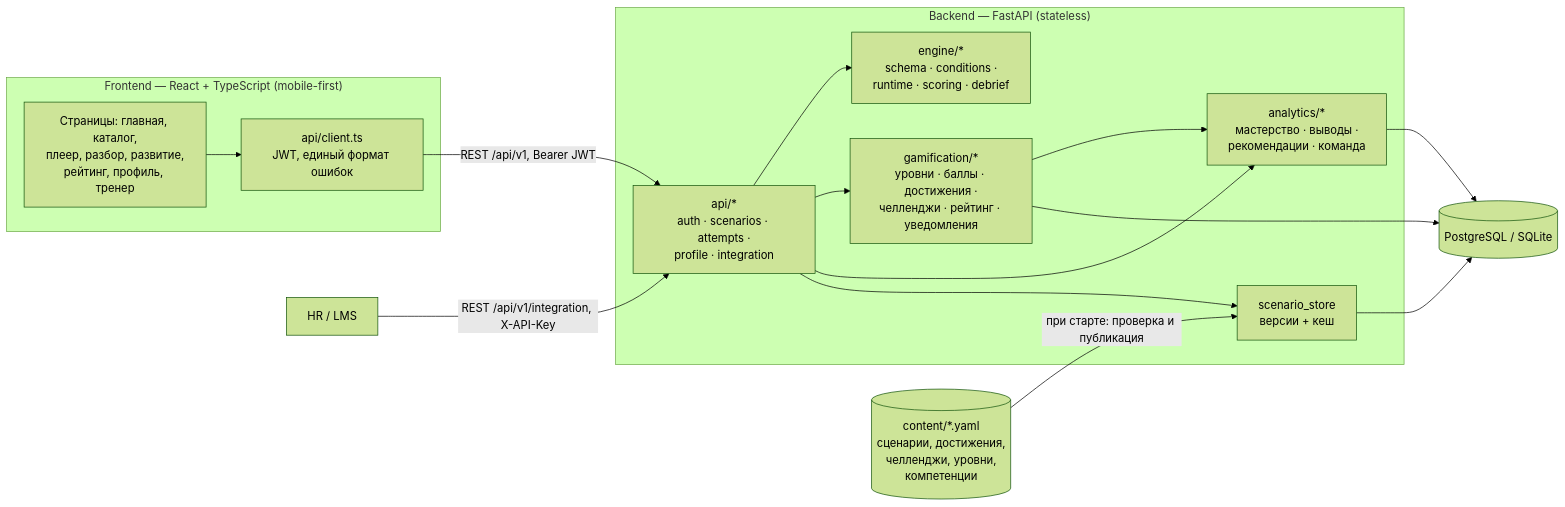
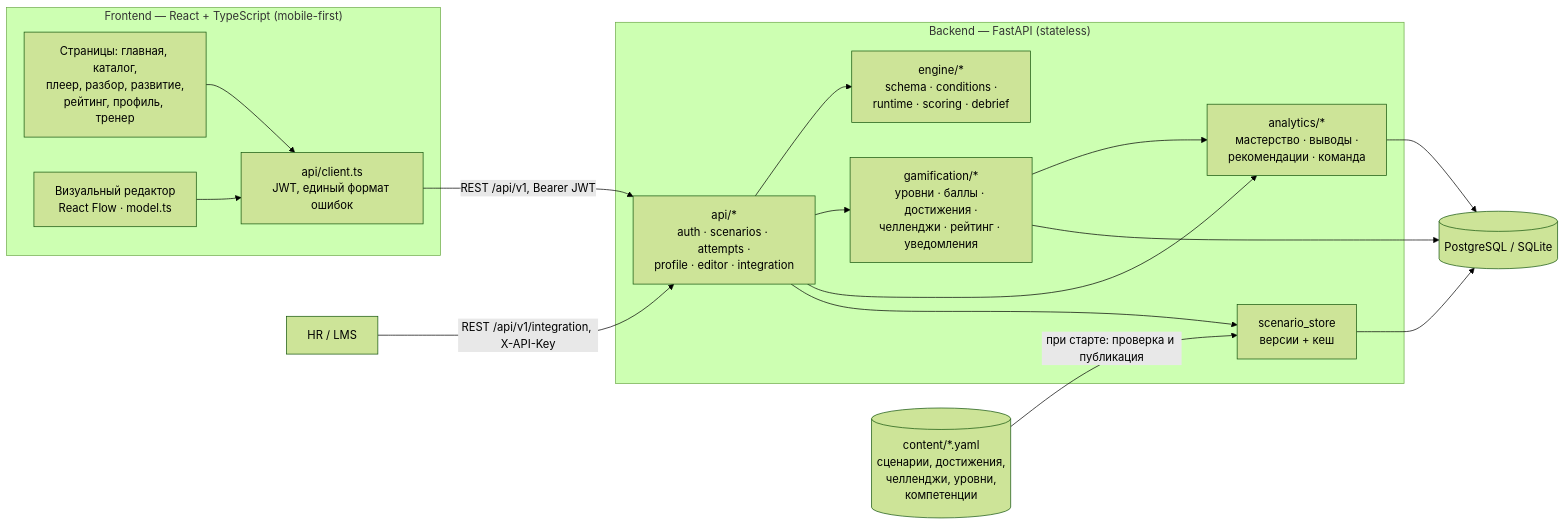
Before and after one commit to zhurich/mt-hackathon: the first of 3 diagrams in docs/architecture.md, drawn with Mermaid (forest theme). The commit also changed other lines of this file and 16 other files, not shown here.

````diff
--- a/docs/architecture.md
+++ b/docs/architecture.md
@@ -5,32 +5,34 @@
 ```mermaid
 flowchart LR
     subgraph Client["Frontend — React + TypeScript (mobile-first)"]
         UI[Страницы: главная, каталог,<br/>плеер, разбор, развитие,<br/>рейтинг, профиль, тренер]
+        ED[Визуальный редактор<br/>React Flow · model.ts]
         APIc[api/client.ts<br/>JWT, единый формат ошибок]
         UI --> APIc
+        ED --> APIc
     end
 
     subgraph Backend["Backend — FastAPI (stateless)"]
-        Routers[api/*<br/>auth · scenarios · attempts ·<br/>profile · integration]
+        Routers[api/*<br/>auth · scenarios · attempts ·<br/>profile · editor · integration]
         Engine[engine/*<br/>schema · conditions ·<br/>runtime · scoring · debrief]
         Gam[gamification/*<br/>уровни · баллы · достижения ·<br/>челленджи · рейтинг · уведомления]
         Anl[analytics/*<br/>мастерство · выводы ·<br/>рекомендации · команда]
         Store[scenario_store<br/>версии + кеш]
         Routers --> Engine
         Routers --> Gam
         Routers --> Anl
         Routers --> Store
         Gam --> Anl
     end
 
     Content[(content/*.yaml<br/>сценарии, достижения,<br/>челленджи, уровни,<br/>компетенции)]
     DB[(PostgreSQL / SQLite)]
     HR[HR / LMS]
 
     APIc -- "REST /api/v1, Bearer JWT" --> Routers
     HR -- "REST /api/v1/integration, X-API-Key" --> Routers
     Content -- "при старте: проверка и публикация" --> Store
     Store --> DB
     Gam --> DB
     Anl --> DB
 ```
````
